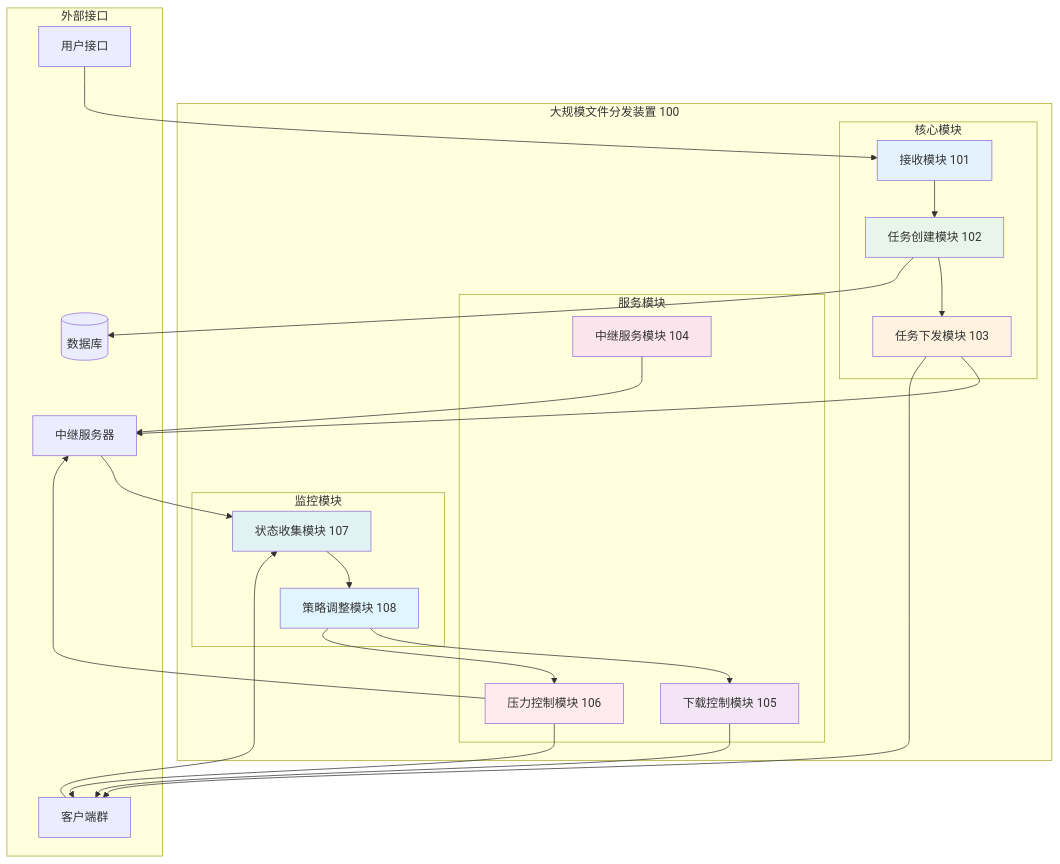
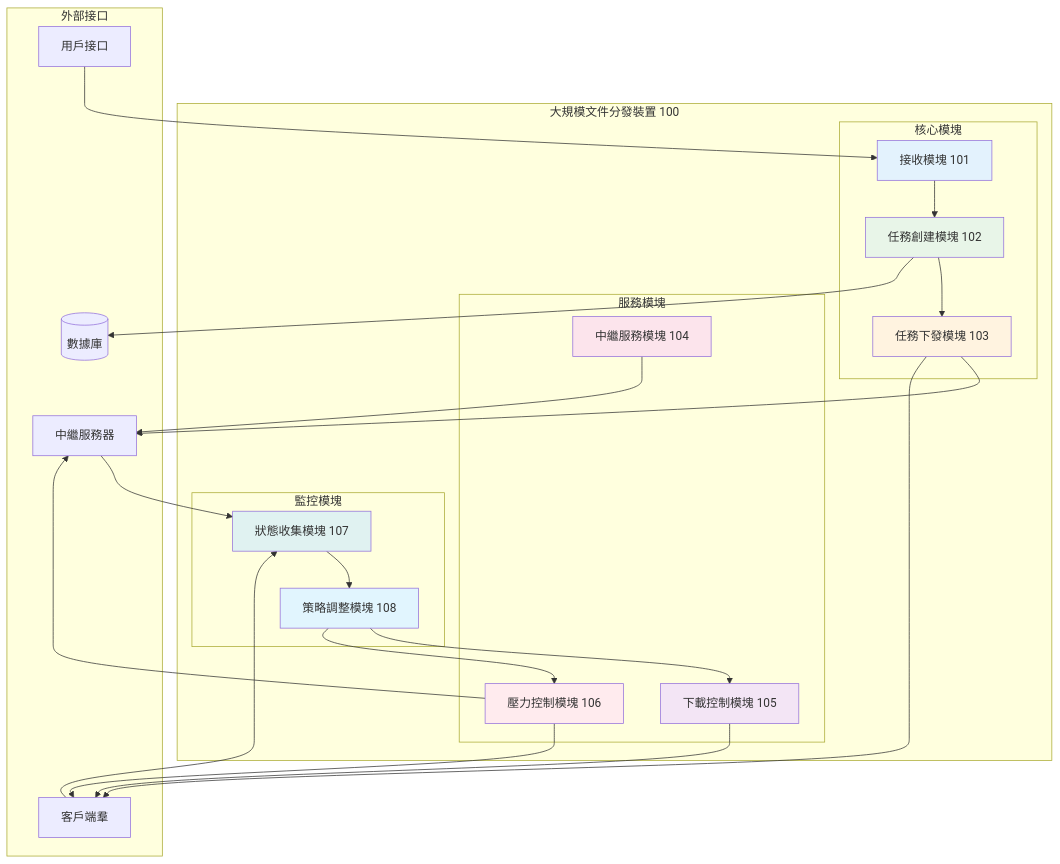
One commit to Raw1mage/PatentDrafter changed the third of 3 diagrams in data/example_patent.md. Above: the diagram before and after it, drawn with Mermaid. The commit also changed other lines of this file, not shown here.

````diff
--- a/data/example_patent.md
+++ b/data/example_patent.md
@@ -278,54 +278,54 @@
 ```mermaid
 graph TB
-    subgraph "大规模文件分发装置 100"
-        subgraph "核心模块"
-            RM[接收模块 101]
-            TCM[任务创建模块 102]
-            TDM[任务下发模块 103]
+    subgraph "大規模文件分發裝置 100"
+        subgraph "核心模塊"
+            RM[接收模塊 101]
+            TCM[任務創建模塊 102]
+            TDM[任務下發模塊 103]
         end
 
-        subgraph "服务模块"
-            RSM[中继服务模块 104]
-            DCM[下载控制模块 105]
-            PCM[压力控制模块 106]
+        subgraph "服務模塊"
+            RSM[中繼服務模塊 104]
+            DCM[下載控制模塊 105]
+            PCM[壓力控制模塊 106]
         end
 
-        subgraph "监控模块"
-            SCM[状态收集模块 107]
-            SAM[策略调整模块 108]
+        subgraph "監控模塊"
+            SCM[狀態收集模塊 107]
+            SAM[策略調整模塊 108]
         end
     end
 
     subgraph "外部接口"
-        UI[用户接口]
-        DB[(数据库)]
-        RS[中继服务器]
-        CL[客户端群]
+        UI[用戶接口]
+        DB[(數據庫)]
+        RS[中繼服務器]
+        CL[客戶端羣]
     end
 
     UI --> RM
     RM --> TCM
     TCM --> TDM
     TCM --> DB
     TDM --> RS
     TDM --> CL
     RSM --> RS
     DCM --> CL
     PCM --> CL
     PCM --> RS
 
     CL --> SCM
     RS --> SCM
     SCM --> SAM
     SAM --> DCM
     SAM --> PCM
 
     style RM fill:#e3f2fd
     style TCM fill:#e8f5e8
     style TDM fill:#fff3e0
     style RSM fill:#fce4ec
     style DCM fill:#f3e5f5
     style PCM fill:#ffebee
     style SCM fill:#e0f2f1
     style SAM fill:#e1f5fe
 ```
````
